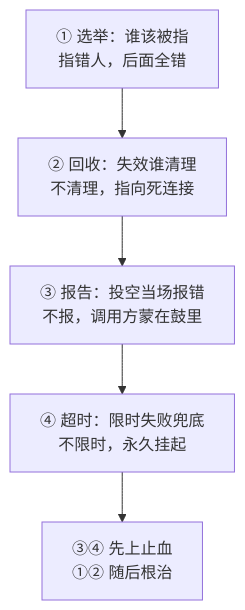
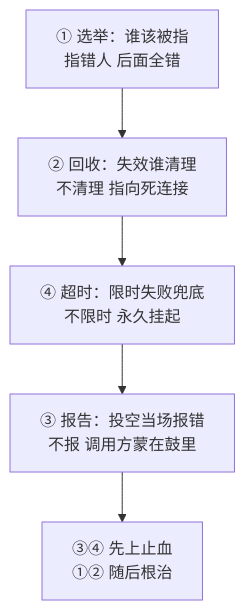
One commit to hub138/technical-knowledge changed the second of 2 diagrams in vault/工程知识/AI 系统工程：从模型能力到生产能力/质量与运营/投递指针的选举与失效：连接注册表的四个健壮性缺陷.md. Above: the diagram before and after it, drawn with Mermaid. The commit also changed other lines of this file and 622 other files, not shown here.

````diff
--- a/vault/工程知识/AI 系统工程：从模型能力到生产能力/质量与运营/投递指针的选举与失效：连接注册表的四个健壮性缺陷.md
+++ b/vault/工程知识/AI 系统工程：从模型能力到生产能力/质量与运营/投递指针的选举与失效：连接注册表的四个健壮性缺陷.md
@@ -91,7 +104,7 @@
 ```mermaid
 graph TD
-    E["① 选举：谁该被指<br/>指错人，后面全错"] --> C["② 回收：失效谁清理<br/>不清理，指向死连接"]
-    C --> P["③ 报告：投空当场报错<br/>不报，调用方蒙在鼓里"]
-    P --> T["④ 超时：限时失败兜底<br/>不限时，永久挂起"]
-    T --> S["③④ 先上止血<br/>①② 随后根治"]
+    E["① 选举：谁该被指<br/>指错人 后面全错"] --> C["② 回收：失效谁清理<br/>不清理 指向死连接"]
+    C --> T["④ 超时：限时失败兜底<br/>不限时 永久挂起"]
+    T --> P["③ 报告：投空当场报错<br/>不报 调用方蒙在鼓里"]
+    P --> S["③④ 先上止血<br/>①② 随后根治"]
 ```
````
